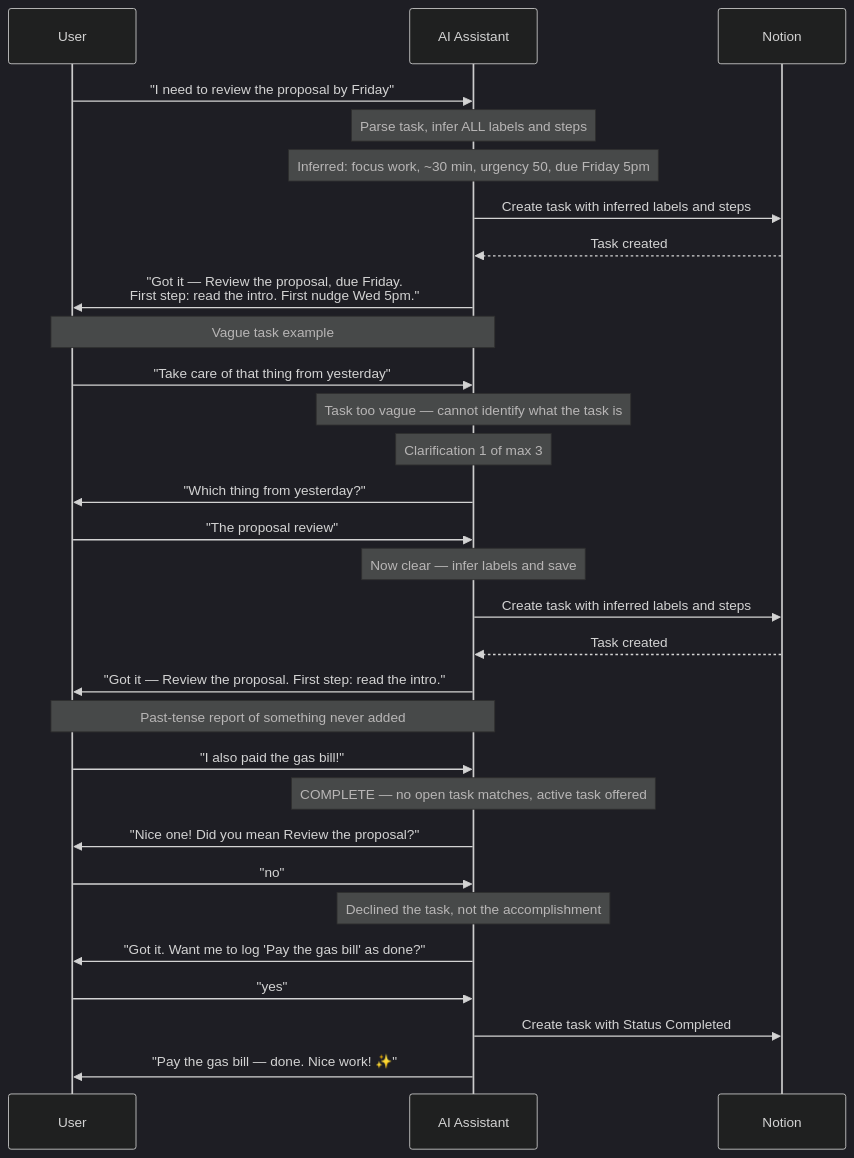
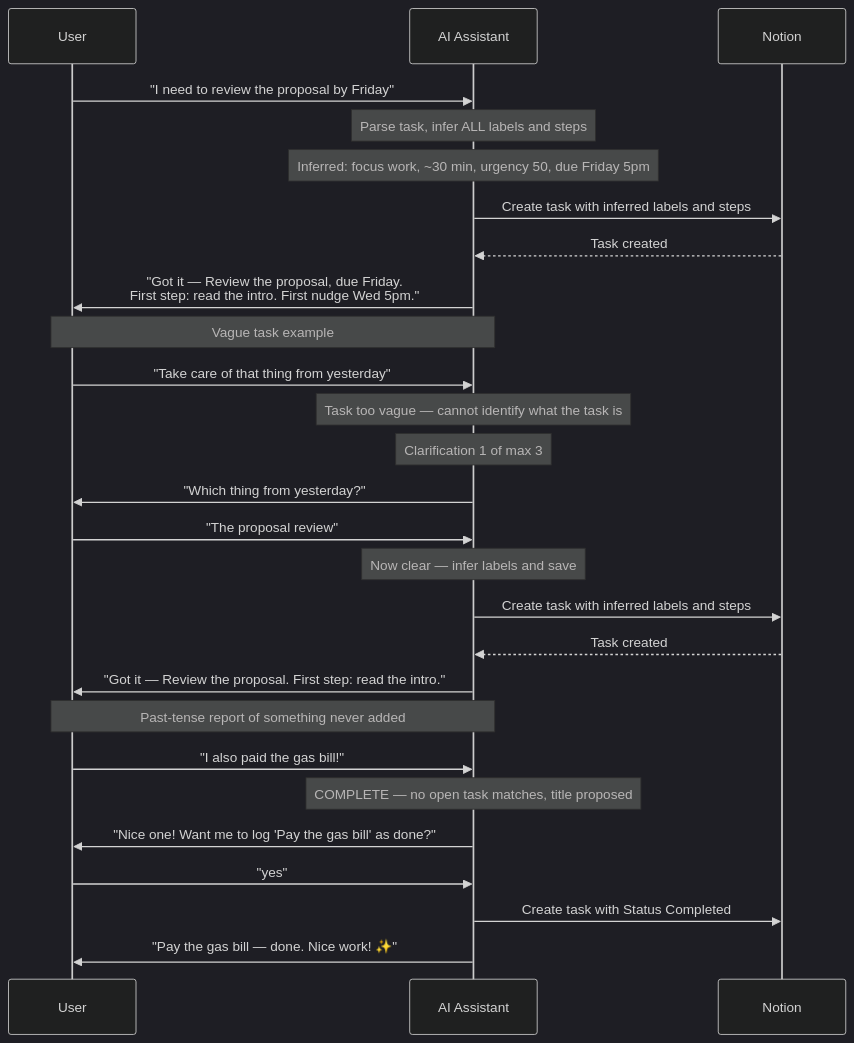
Before and after one commit to NickBorgersProbably/hide-my-list: the second of 28 diagrams in docs/user-interactions.md, drawn with Mermaid (dark theme). The commit also changed other lines of this file and 10 other files, not shown here.

````diff
--- a/docs/user-interactions.md
+++ b/docs/user-interactions.md
@@ -52,43 +52,40 @@
 ```mermaid
 sequenceDiagram
     participant U as User
     participant AI as AI Assistant
     participant N as Notion
 
     U->>AI: "I need to review the proposal by Friday"
 
     Note over AI: Parse task, infer ALL labels and steps
     Note over AI: Inferred: focus work, ~30 min, urgency 50, due Friday 5pm
 
     AI->>N: Create task with inferred labels and steps
     N-->>AI: Task created
     AI->>U: "Got it — Review the proposal, due Friday.<br/>First step: read the intro. First nudge Wed 5pm."
 
     Note over U,AI: Vague task example
 
     U->>AI: "Take care of that thing from yesterday"
 
     Note over AI: Task too vague — cannot identify what the task is
     Note over AI: Clarification 1 of max 3
 
     AI->>U: "Which thing from yesterday?"
     U->>AI: "The proposal review"
 
     Note over AI: Now clear — infer labels and save
 
     AI->>N: Create task with inferred labels and steps
     N-->>AI: Task created
     AI->>U: "Got it — Review the proposal. First step: read the intro."
 
     Note over U,AI: Past-tense report of something never added
 
     U->>AI: "I also paid the gas bill!"
-    Note over AI: COMPLETE — no open task matches, active task offered
-    AI->>U: "Nice one! Did you mean Review the proposal?"
-    U->>AI: "no"
-    Note over AI: Declined the task, not the accomplishment
-    AI->>U: "Got it. Want me to log 'Pay the gas bill' as done?"
+    Note over AI: COMPLETE — no open task matches, title proposed
+    AI->>U: "Nice one! Want me to log 'Pay the gas bill' as done?"
     U->>AI: "yes"
     AI->>N: Create task with Status Completed
     AI->>U: "Pay the gas bill — done. Nice work! ✨"
 ```
````
